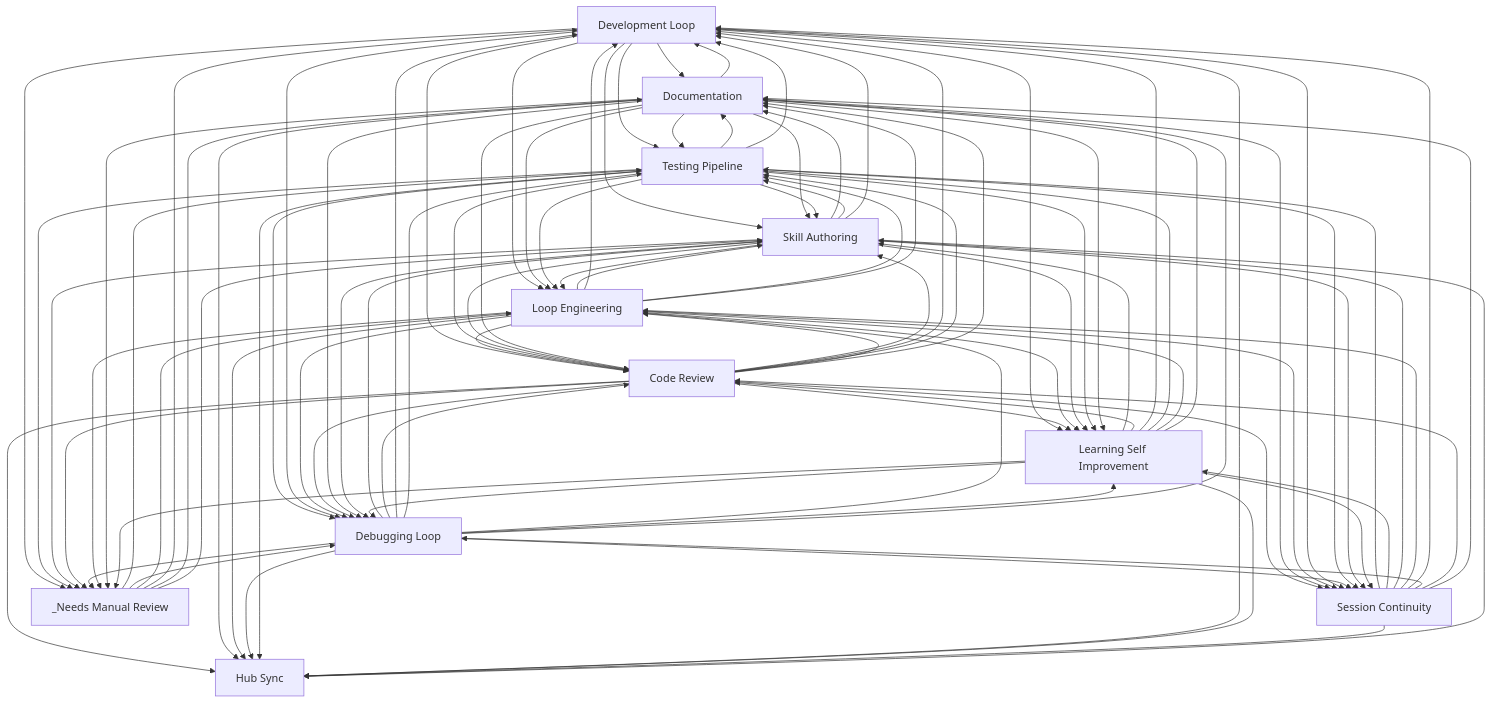
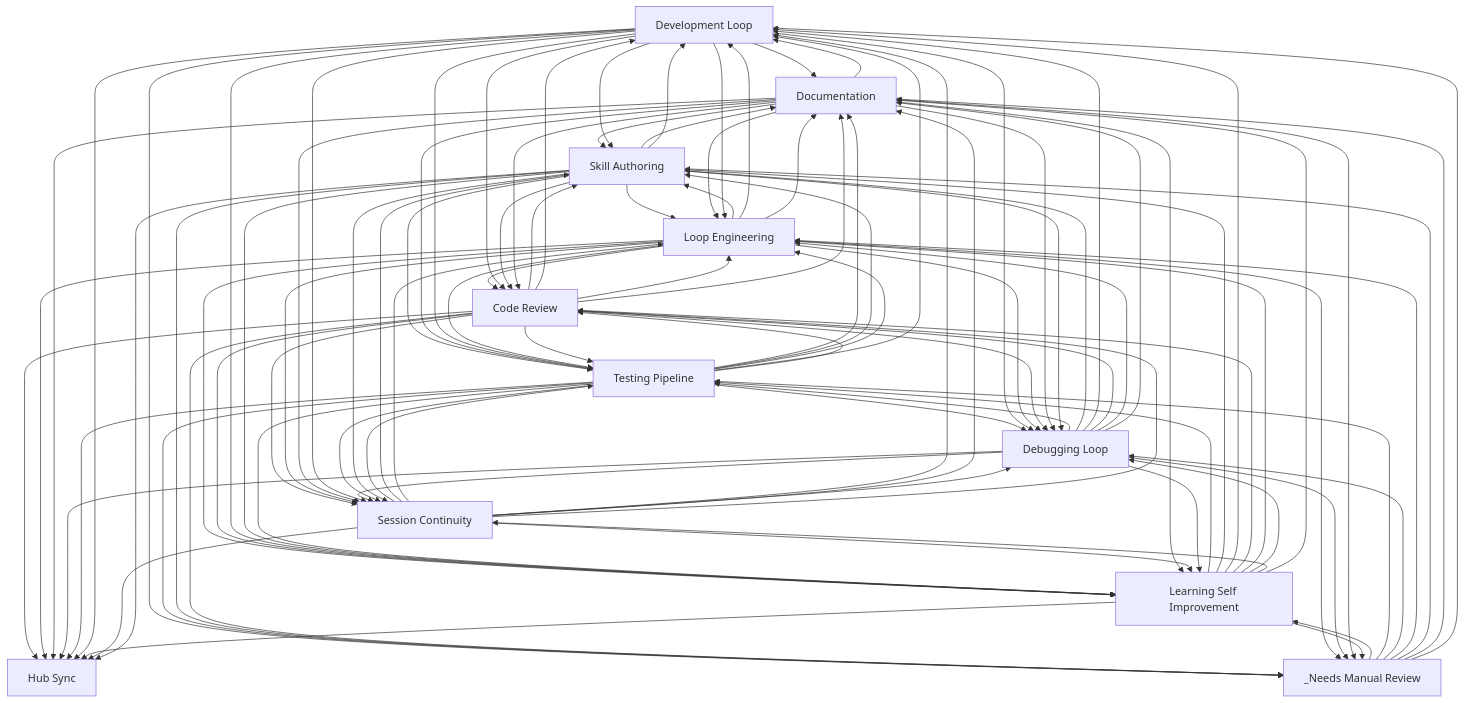
Before and after one commit to abhayla/claude-best-practices: the diagram in docs/workflows/INDEX.md, drawn with Mermaid. The commit also changed other lines of this file and 22 other files, not shown here.

````diff
--- a/docs/workflows/INDEX.md
+++ b/docs/workflows/INDEX.md
@@ -33,45 +33,45 @@
     documentation[Documentation]
     hub_sync[Hub Sync]
     _needs_manual_review[_Needs Manual Review]
+    skill_authoring --> documentation
     development_loop --> documentation
     testing_pipeline --> documentation
-    skill_authoring --> documentation
-    development_loop --> testing_pipeline
+    skill_authoring --> loop_engineering
+    skill_authoring --> testing_pipeline
+    documentation --> skill_authoring
+    documentation --> loop_engineering
+    documentation --> testing_pipeline
     development_loop --> skill_authoring
     development_loop --> loop_engineering
-    documentation --> testing_pipeline
-    documentation --> skill_authoring
-    documentation --> loop_engineering
+    development_loop --> testing_pipeline
     testing_pipeline --> skill_authoring
     testing_pipeline --> loop_engineering
-    skill_authoring --> testing_pipeline
-    skill_authoring --> loop_engineering
-    development_loop --> code_review
+    loop_engineering --> skill_authoring
+    loop_engineering --> development_loop
+    loop_engineering --> code_review
+    loop_engineering --> testing_pipeline
     code_review --> skill_authoring
     code_review --> development_loop
+    code_review --> loop_engineering
     code_review --> testing_pipeline
-    code_review --> loop_engineering
-    loop_engineering --> skill_authoring
-    loop_engineering --> code_review
-    loop_engineering --> development_loop
-    loop_engineering --> testing_pipeline
+    development_loop --> code_review
+    loop_engineering --> learning_self_improvement
+    code_review --> learning_self_improvement
     development_loop --> learning_self_improvement
-    code_review --> learning_self_improvement
-    loop_engineering --> learning_self_improvement
     testing_pipeline --> development_loop
     testing_pipeline --> debugging_loop
     testing_pipeline --> code_review
+    debugging_loop --> testing_pipeline
     debugging_loop --> skill_authoring
+    debugging_loop --> development_loop
     debugging_loop --> code_review
-    debugging_loop --> development_loop
-    debugging_loop --> testing_pipeline
     debugging_loop --> loop_engineering
     development_loop --> debugging_loop
     documentation --> development_loop
     loop_engineering --> debugging_loop
     loop_engineering --> documentation
+    skill_authoring --> code_review
     skill_authoring --> development_loop
-    skill_authoring --> code_review
     skill_authoring --> learning_self_improvement
     testing_pipeline --> learning_self_improvement
     development_loop --> _needs_manual_review
@@ -79,53 +79,54 @@
     code_review --> debugging_loop
     documentation --> code_review
     documentation --> debugging_loop
+    code_review --> session_continuity
+    code_review --> documentation
     code_review --> hub_sync
-    code_review --> documentation
-    code_review --> session_continuity
+    loop_engineering --> session_continuity
+    loop_engineering --> hub_sync
+    documentation --> session_continuity
+    documentation --> learning_self_improvement
     documentation --> hub_sync
-    documentation --> learning_self_improvement
-    documentation --> session_continuity
-    loop_engineering --> hub_sync
-    loop_engineering --> session_continuity
+    session_continuity --> learning_self_improvement
+    session_continuity --> testing_pipeline
     development_loop --> session_continuity
-    session_continuity --> testing_pipeline
-    session_continuity --> learning_self_improvement
+    _needs_manual_review --> learning_self_improvement
     _needs_manual_review --> testing_pipeline
+    debugging_loop --> session_continuity
     debugging_loop --> learning_self_improvement
-    debugging_loop --> session_continuity
     testing_pipeline --> session_continuity
+    debugging_loop --> documentation
     debugging_loop --> hub_sync
-    debugging_loop --> documentation
     testing_pipeline --> hub_sync
     development_loop --> hub_sync
     skill_authoring --> session_continuity
     skill_authoring --> debugging_loop
     _needs_manual_review --> debugging_loop
     _needs_manual_review --> loop_engineering
+    learning_self_improvement --> testing_pipeline
     learning_self_improvement --> skill_authoring
+    learning_self_improvement --> development_loop
     learning_self_improvement --> code_review
-    learning_self_improvement --> development_loop
-    learning_self_improvement --> testing_pipeline
+    learning_self_improvement --> loop_engineering
     learning_self_improvement --> debugging_loop
-    learning_self_improvement --> loop_engineering
     skill_authoring --> _needs_manual_review
     code_review --> _needs_manual_review
+    loop_engineering --> _needs_manual_review
     debugging_loop --> _needs_manual_review
-    loop_engineering --> _needs_manual_review
+    _needs_manual_review --> skill_authoring
+    _needs_manual_review --> documentation
     _needs_manual_review --> development_loop
-    _needs_manual_review --> documentation
-    _needs_manual_review --> skill_authoring
     learning_self_improvement --> session_continuity
     documentation --> _needs_manual_review
     session_continuity --> skill_authoring
     session_continuity --> loop_engineering
+    learning_self_improvement --> documentation
     learning_self_improvement --> hub_sync
-    learning_self_improvement --> documentation
     session_continuity --> development_loop
     session_continuity --> debugging_loop
+    session_continuity --> documentation
     session_continuity --> hub_sync
     session_continuity --> code_review
-    session_continuity --> documentation
     skill_authoring --> hub_sync
     learning_self_improvement --> _needs_manual_review
 ```
````
